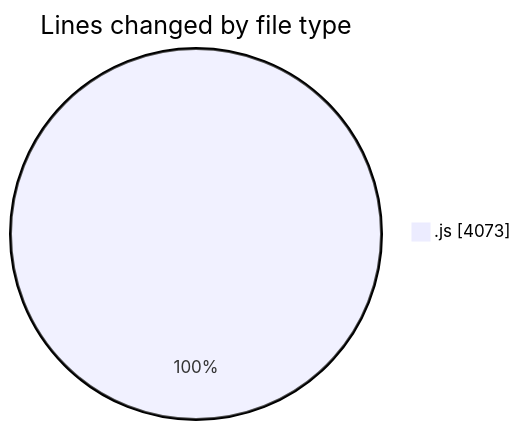
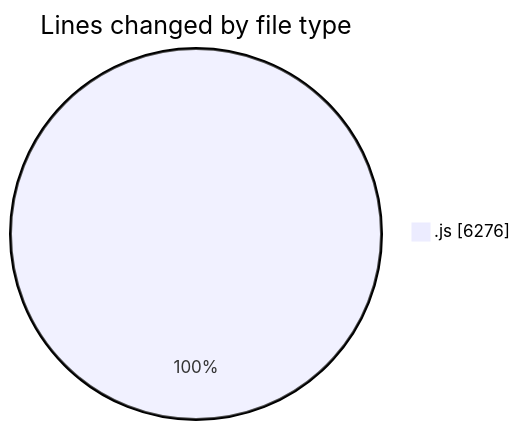
Before and after one commit to nxtqubesakshisongat/code-tracking: the first of 2 diagrams in 2025-12-10/nxtqube_webapp/README.md, drawn with Mermaid. The commit also changed other lines of this file and 1 other file, not shown here.

````diff
--- a/2025-12-10/nxtqube_webapp/README.md
+++ b/2025-12-10/nxtqube_webapp/README.md
@@ -20,5 +20,5 @@
 ```mermaid
 pie showData
 title Lines changed by file type
-".js" : 4073
+".js" : 6276
 ```
````
